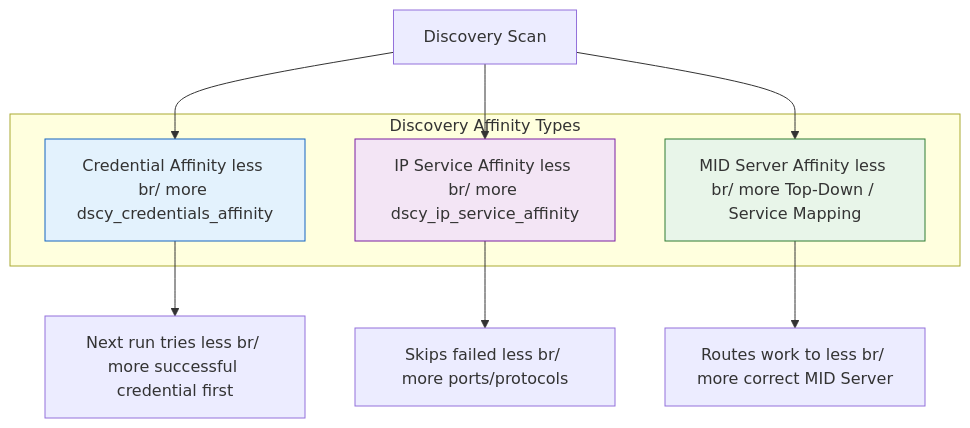
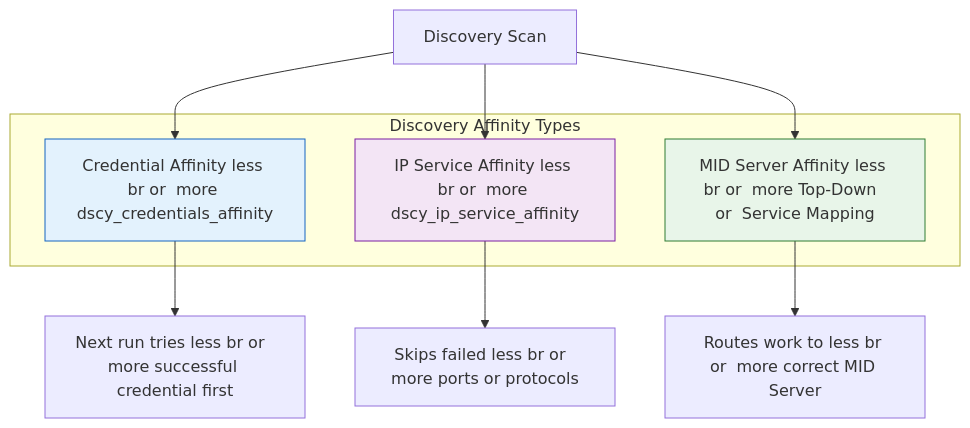
Before and after one commit to eltonaguiar/ServiceNow_Learning_TSOM-_CSM_FSM_SalesCRM_HAM_ITSM: the fifth of 5 diagrams in docs/modules/discovery/discovery-guide.backup-2026-11-24.md, drawn with Mermaid. The commit also changed other lines of this file and 19 other files, not shown here.

First line of the commit message:
Fix Mermaid diagram syntax errors - replace problematic chars in text content only

````diff
--- a/docs/modules/discovery/discovery-guide.backup-2026-11-24.md
+++ b/docs/modules/discovery/discovery-guide.backup-2026-11-24.md
@@ -509,20 +509,20 @@
 ```mermaid
 flowchart TD
     subgraph "Discovery Affinity Types"
-        A[Credential Affinity less br/ more dscy_credentials_affinity]
-        B[IP Service Affinity less br/ more dscy_ip_service_affinity]
-        C[MID Server Affinity less br/ more Top-Down / Service Mapping]
+        A[Credential Affinity less br or  more dscy_credentials_affinity]
+        B[IP Service Affinity less br or  more dscy_ip_service_affinity]
+        C[MID Server Affinity less br or  more Top-Down  or  Service Mapping]
     end
 
     Scan[Discovery Scan] --> A
     Scan --> B
     Scan --> C
 
-    A --> Faster[Next run tries less br/ more successful credential first]
-    B --> SkipFail[Skips failed less br/ more ports/protocols]
-    C --> RightMID[Routes work to less br/ more correct MID Server]
+    A --> Faster[Next run tries less br or  more successful credential first]
+    B --> SkipFail[Skips failed less br or  more ports or protocols]
+    C --> RightMID[Routes work to less br or  more correct MID Server]
 
     style A fill:#e3f2fd,stroke:#1565c0
     style B fill:#f3e5f5,stroke:#7b1fa2
     style C fill:#e8f5e9,stroke:#2e7d32
 ```
````
